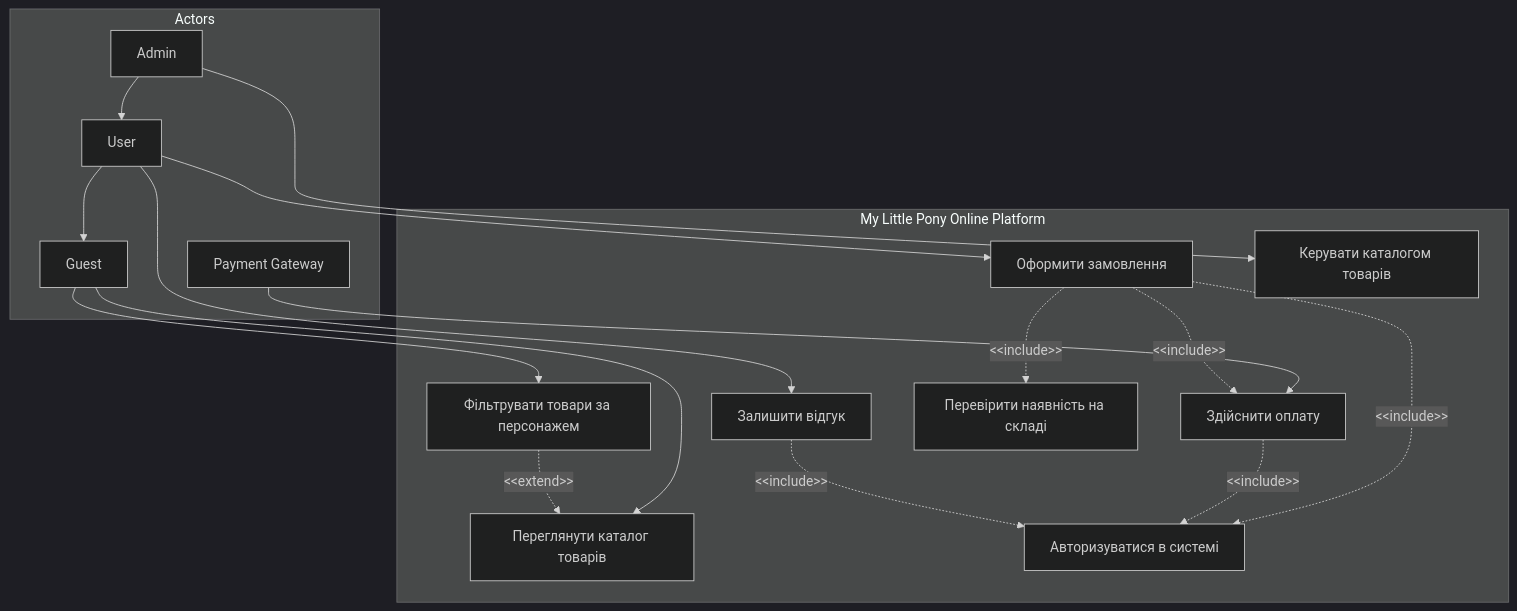
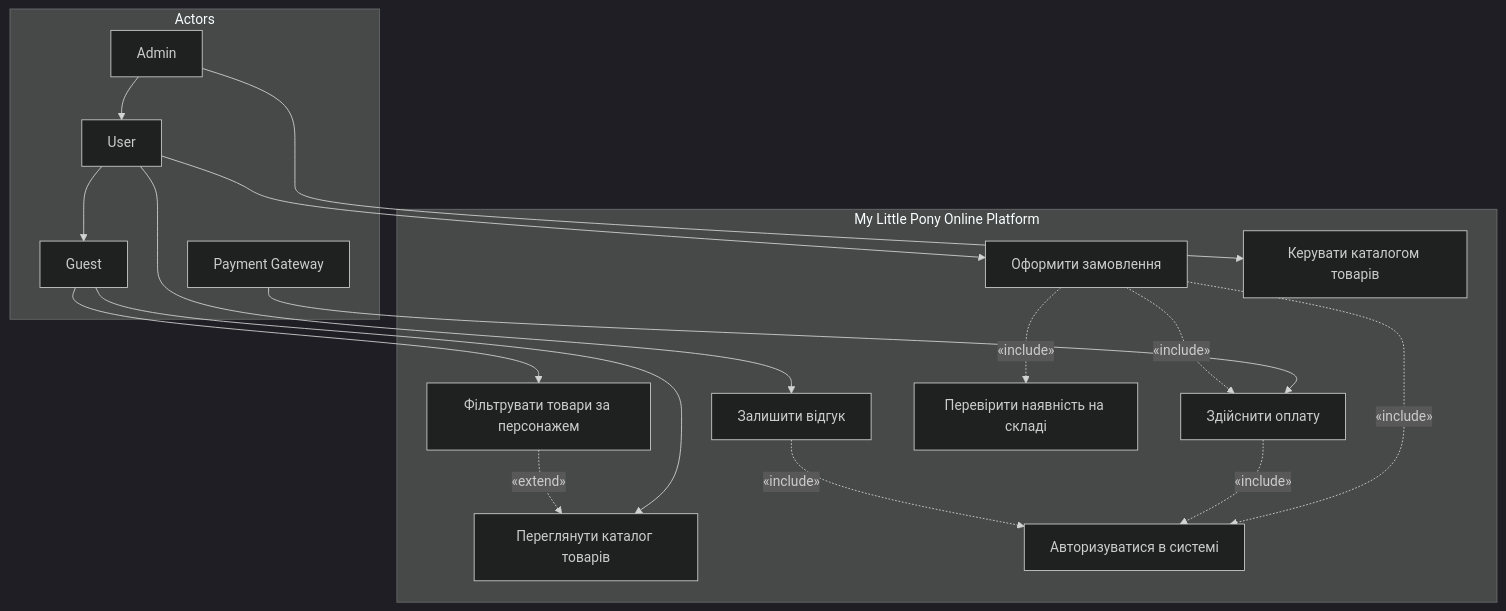
One commit to XxMariavxX/Mavpz-labs changed the diagram in lab2/spec.md. Above: the diagram before and after it, drawn with Mermaid (dark theme).

Commit message:
refactor: again change diagram

````diff
--- a/lab2/spec.md
+++ b/lab2/spec.md
@@ -111,40 +111,40 @@
 ```mermaid
 graph TD
     subgraph Actors
         Guest[Guest]
         User[User]
         Admin[Admin]
         PaymentGateway[Payment Gateway]
     end
 
     User --> Guest
     Admin --> User
 
     subgraph Platform [My Little Pony Online Platform]
         UC1[Переглянути каталог товарів]
         UC2[Фільтрувати товари за персонажем]
         UC3[Оформити замовлення]
         UC4[Здійснити оплату]
         UC5[Залишити відгук]
         UC6[Керувати каталогом товарів]
         UC_Auth[Авторизуватися в системі]
         UC_Stock[Перевірити наявність на складі]
     end
 
     Guest --> UC1
     Guest --> UC2
 
     User --> UC3
     User --> UC5
 
     Admin --> UC6
     PaymentGateway --> UC4
 
-    UC3 -.->|&lt;&lt;include&gt;&gt;| UC_Auth
-    UC3 -.->|&lt;&lt;include&gt;&gt;| UC_Stock
-    UC3 -.->|&lt;&lt;include&gt;&gt;| UC4
-    UC4 -.->|&lt;&lt;include&gt;&gt;| UC_Auth
-    UC5 -.->|&lt;&lt;include&gt;&gt;| UC_Auth
+    UC3 -.->|«include»| UC_Auth
+    UC3 -.->|«include»| UC_Stock
+    UC3 -.->|«include»| UC4
+    UC4 -.->|«include»| UC_Auth
+    UC5 -.->|«include»| UC_Auth
     
-    UC2 -.->|&lt;&lt;extend&gt;&gt;| UC1
+    UC2 -.->|«extend»| UC1
 ```
````
